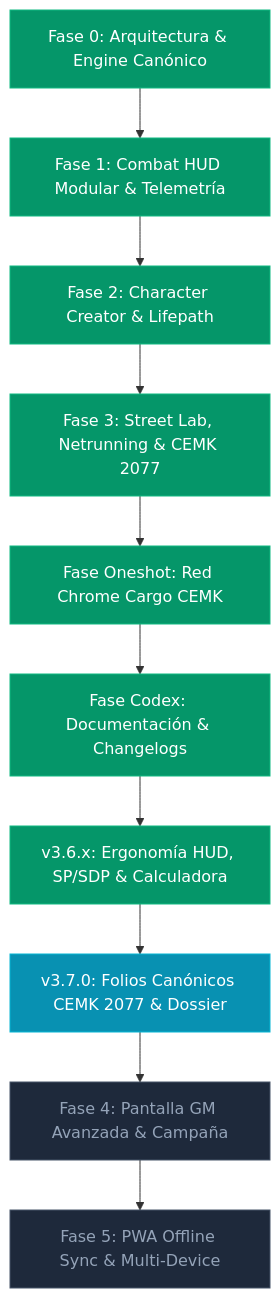
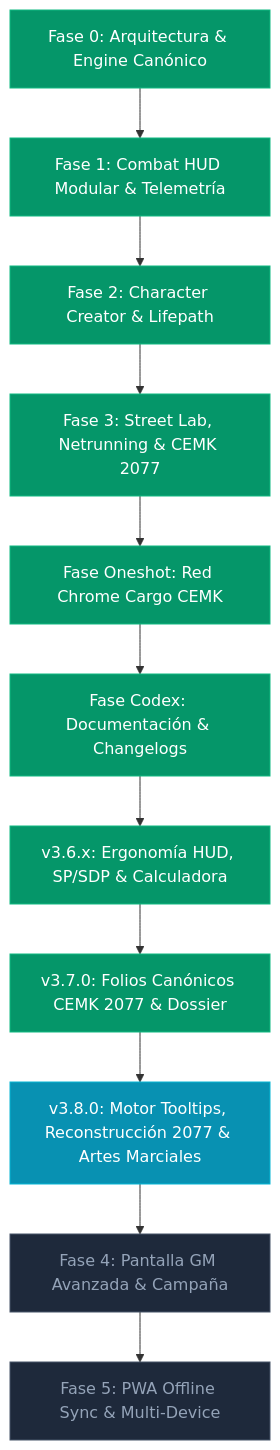
One commit to Notefuk/Cyberpunk- changed the diagram in PROJECT_STATUS_AND_ROADMAP.md. Above: the diagram before and after it, drawn with Mermaid. The commit also changed other lines of this file and 10 other files, not shown here.

````diff
--- a/PROJECT_STATUS_AND_ROADMAP.md
+++ b/PROJECT_STATUS_AND_ROADMAP.md
@@ -42,23 +43,25 @@
 ```mermaid
 flowchart TD
     F0[Fase 0: Arquitectura & Engine Canónico] --> F1[Fase 1: Combat HUD Modular & Telemetría]
     F1 --> F2[Fase 2: Character Creator & Lifepath]
     F2 --> F3[Fase 3: Street Lab, Netrunning & CEMK 2077]
     F3 --> F_ONE[Fase Oneshot: Red Chrome Cargo CEMK]
     F_ONE --> F_CODEX[Fase Codex: Documentación & Changelogs]
     F_CODEX --> F_ERGO[v3.6.x: Ergonomía HUD, SP/SDP & Calculadora]
     F_ERGO --> F_FOLIO[v3.7.0: Folios Canónicos CEMK 2077 & Dossier]
-    F_FOLIO --> F4[Fase 4: Pantalla GM Avanzada & Campaña]
+    F_FOLIO --> F_TOOLTIP[v3.8.0: Motor Tooltips, Reconstrucción 2077 & Artes Marciales]
+    F_TOOLTIP --> F4[Fase 4: Pantalla GM Avanzada & Campaña]
     F4 --> F5[Fase 5: PWA Offline Sync & Multi-Device]
 
     style F0 fill:#059669,stroke:#10b981,color:#fff
     style F1 fill:#059669,stroke:#10b981,color:#fff
     style F2 fill:#059669,stroke:#10b981,color:#fff
     style F3 fill:#059669,stroke:#10b981,color:#fff
     style F_ONE fill:#059669,stroke:#10b981,color:#fff
     style F_CODEX fill:#059669,stroke:#10b981,color:#fff
     style F_ERGO fill:#059669,stroke:#10b981,color:#fff
-    style F_FOLIO fill:#0891b2,stroke:#06b6d4,color:#fff
+    style F_FOLIO fill:#059669,stroke:#10b981,color:#fff
+    style F_TOOLTIP fill:#0891b2,stroke:#06b6d4,color:#fff
     style F4 fill:#1e293b,stroke:#475569,color:#94a3b8
     style F5 fill:#1e293b,stroke:#475569,color:#94a3b8
 ```
````
